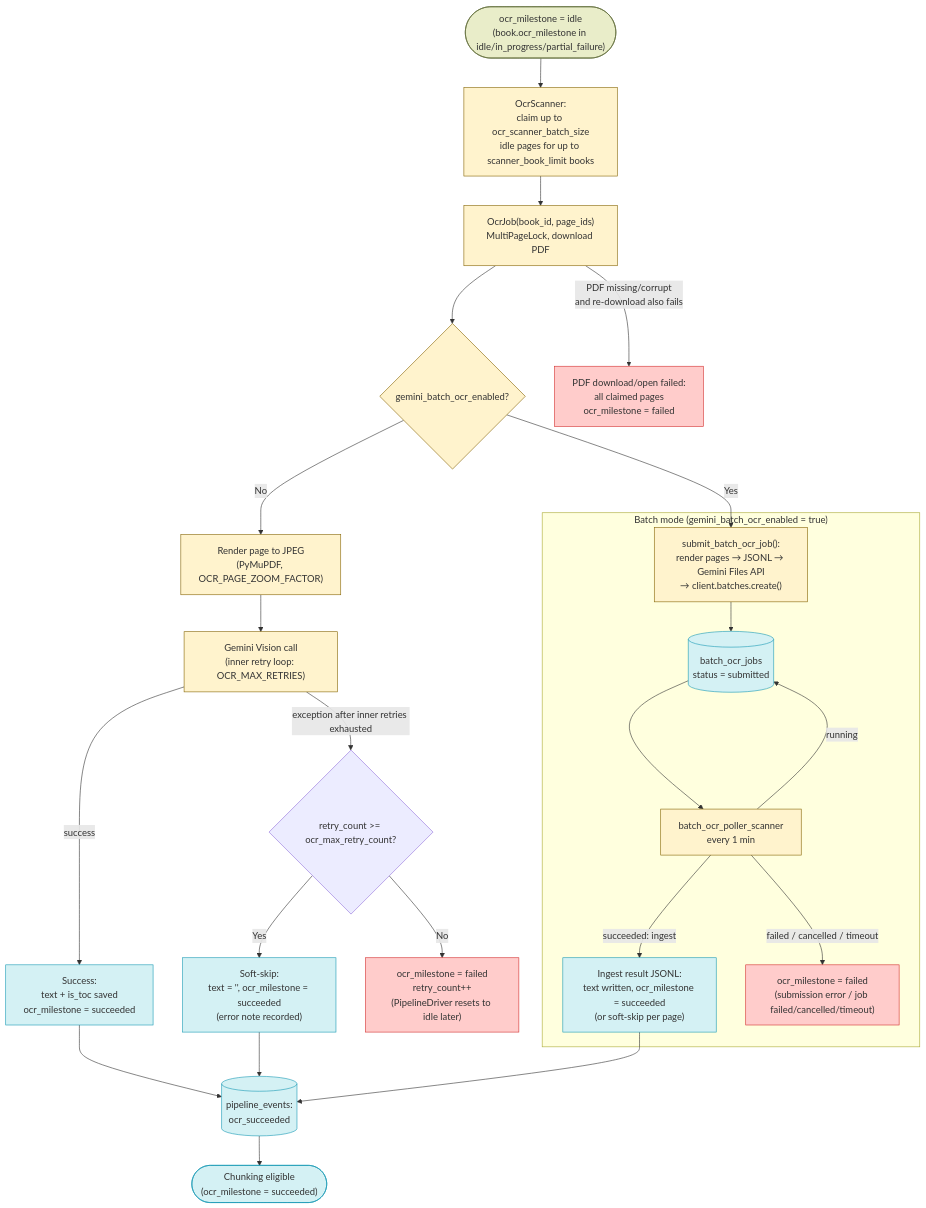
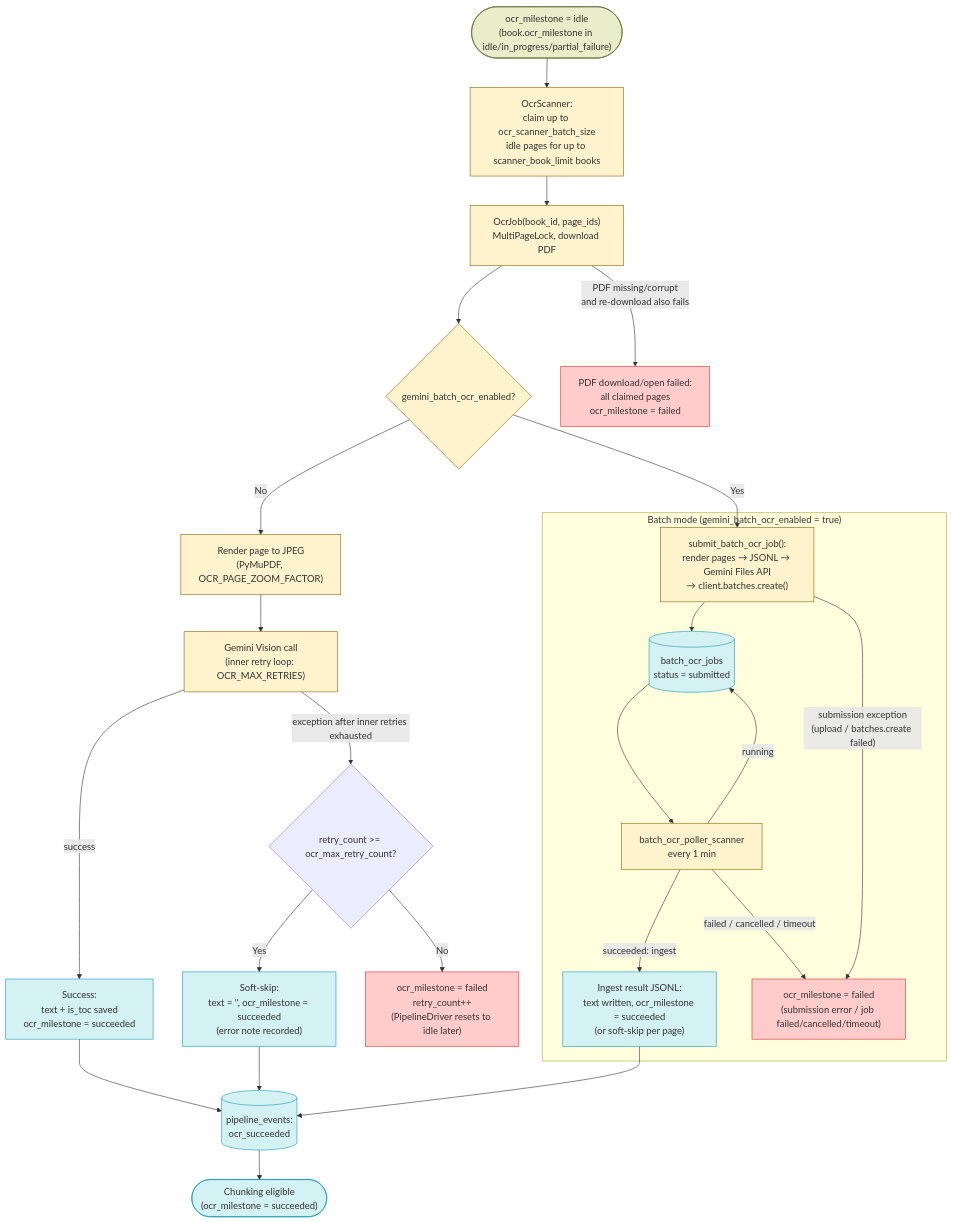
Before and after one commit to Kitabim-AI/kitabim-ai: the first of 2 diagrams in docs/main/OCR_DESIGN.md, drawn with Mermaid. The commit also changed 18 other files, not shown here.

Commit message:
feat: implement knowledge graph support, enhance i18n translation fallbacks, and update summary pipeline design.

````diff
--- a/docs/main/OCR_DESIGN.md
+++ b/docs/main/OCR_DESIGN.md
@@ -76,50 +76,51 @@
 ```mermaid
 flowchart TD
     OCR_IDLE(["ocr_milestone = idle<br/>(book.ocr_milestone in idle/in_progress/partial_failure)"])
     CLAIM["OcrScanner:<br/>claim up to ocr_scanner_batch_size<br/>idle pages for up to scanner_book_limit books"]
     JOB["OcrJob(book_id, page_ids)<br/>MultiPageLock, download PDF"]
     FLAG{"gemini_batch_ocr_enabled?"}
     RENDER["Render page to JPEG<br/>(PyMuPDF, OCR_PAGE_ZOOM_FACTOR)"]
     GEMINI["Gemini Vision call<br/>(inner retry loop: OCR_MAX_RETRIES)"]
     OK["Success:<br/>text + is_toc saved<br/>ocr_milestone = succeeded"]
     EXHAUST{"retry_count >= ocr_max_retry_count?"}
     SOFTSKIP["Soft-skip:<br/>text = '', ocr_milestone = succeeded<br/>(error note recorded)"]
     RETRY["ocr_milestone = failed<br/>retry_count++<br/>(PipelineDriver resets to idle later)"]
     PDLFAIL["PDF download/open failed:<br/>all claimed pages<br/>ocr_milestone = failed"]
     EVENT[("pipeline_events:<br/>ocr_succeeded")]
     NEXT(["Chunking eligible<br/>(ocr_milestone = succeeded)"])
 
     OCR_IDLE --> CLAIM --> JOB --> FLAG
     FLAG -- No --> RENDER --> GEMINI
     GEMINI -->|success| OK
     GEMINI -->|exception after inner retries exhausted| EXHAUST
     EXHAUST -- Yes --> SOFTSKIP
     EXHAUST -- No --> RETRY
     OK --> EVENT
     SOFTSKIP --> EVENT
     EVENT --> NEXT
     JOB -->|"PDF missing/corrupt<br/>and re-download also fails"| PDLFAIL
 
     subgraph Batch["Batch mode (gemini_batch_ocr_enabled = true)"]
         SUBMIT["submit_batch_ocr_job():<br/>render pages → JSONL → Gemini Files API<br/>→ client.batches.create()"]
         BOJ[("batch_ocr_jobs<br/>status = submitted")]
         POLL["batch_ocr_poller_scanner<br/>every 1 min"]
         BOK["Ingest result JSONL:<br/>text written, ocr_milestone = succeeded<br/>(or soft-skip per page)"]
         BFAIL["ocr_milestone = failed<br/>(submission error / job failed/cancelled/timeout)"]
     end
 
     FLAG -- Yes --> SUBMIT --> BOJ --> POLL
+    SUBMIT -->|"submission exception<br/>(upload / batches.create failed)"| BFAIL
     POLL -->|running| BOJ
     POLL -->|succeeded: ingest| BOK --> EVENT
     POLL -->|"failed / cancelled / timeout"| BFAIL
 
     classDef idle fill:#e9edc9,stroke:#606c38
     classDef active fill:#fff3cd,stroke:#856404
     classDef done fill:#d4f1f4,stroke:#189ab4
     classDef fail fill:#ffcccb,stroke:#d32f2f
 
     class OCR_IDLE idle
     class CLAIM,JOB,FLAG,RENDER,GEMINI,SUBMIT,POLL active
     class OK,SOFTSKIP,EVENT,NEXT,BOJ,BOK done
     class RETRY,PDLFAIL,BFAIL fail
 ```
````
